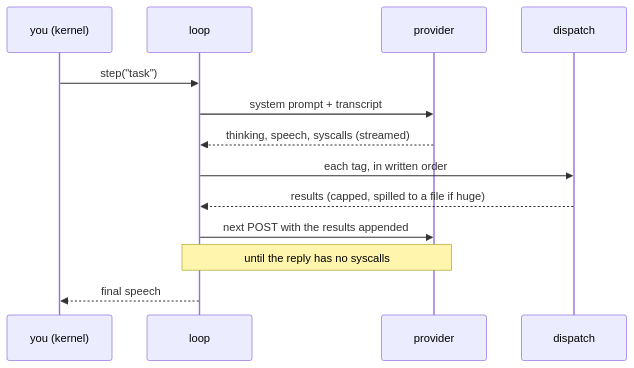
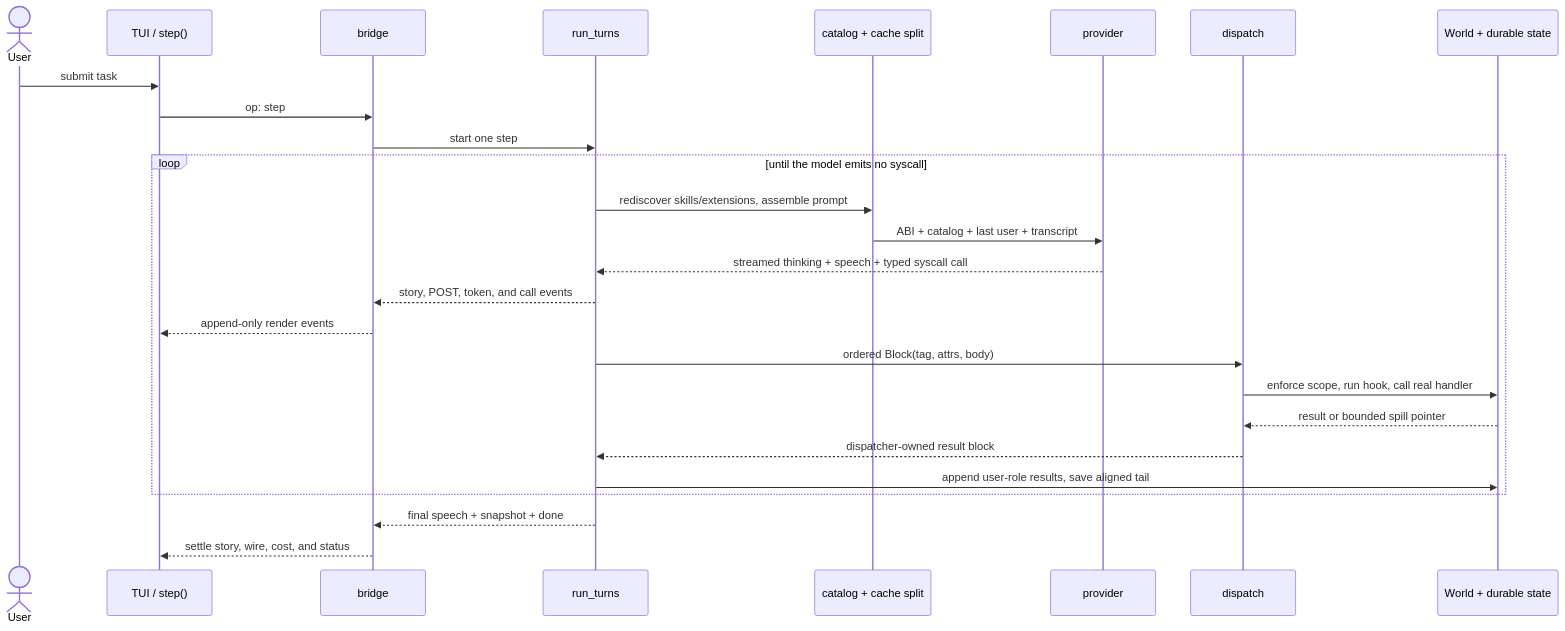
Before and after one commit to umgbhalla/desmos: the third of 4 diagrams in README.md, drawn with Mermaid. The commit also changed other lines of this file and 13 other files, not shown here.

````diff
--- a/README.md
+++ b/README.md
@@ -86,15 +176,29 @@
 ```mermaid
 sequenceDiagram
-    participant U as you (kernel)
-    participant L as loop
+    actor U as User
+    participant T as TUI / step()
+    participant B as bridge
+    participant L as run_turns
+    participant C as catalog + cache split
     participant P as provider
     participant D as dispatch
-    U->>L: step("task")
-    L->>P: system prompt + transcript
-    P-->>L: thinking, speech, syscalls (streamed)
-    L->>D: each tag, in written order
-    D-->>L: results (capped, spilled to a file if huge)
-    L->>P: next POST with the results appended
-    Note over L,P: until the reply has no syscalls
-    L-->>U: final speech
+    participant W as World + durable state
+
+    U->>T: submit task
+    T->>B: op: step
+    B->>L: start one step
+    loop until the model emits no syscall
+        L->>C: rediscover skills/extensions, assemble prompt
+        C->>P: ABI + catalog + last user + transcript
+        P-->>L: streamed thinking + speech + typed syscall call
+        L-->>B: story, POST, token, and call events
+        B-->>T: append-only render events
+        L->>D: ordered Block(tag, attrs, body)
+        D->>W: enforce scope, run hook, call real handler
+        W-->>D: result or bounded spill pointer
+        D-->>L: dispatcher-owned result block
+        L->>W: append user-role results, save aligned tail
+    end
+    L-->>B: final speech + snapshot + done
+    B-->>T: settle story, wire, cost, and status
 ```
````
